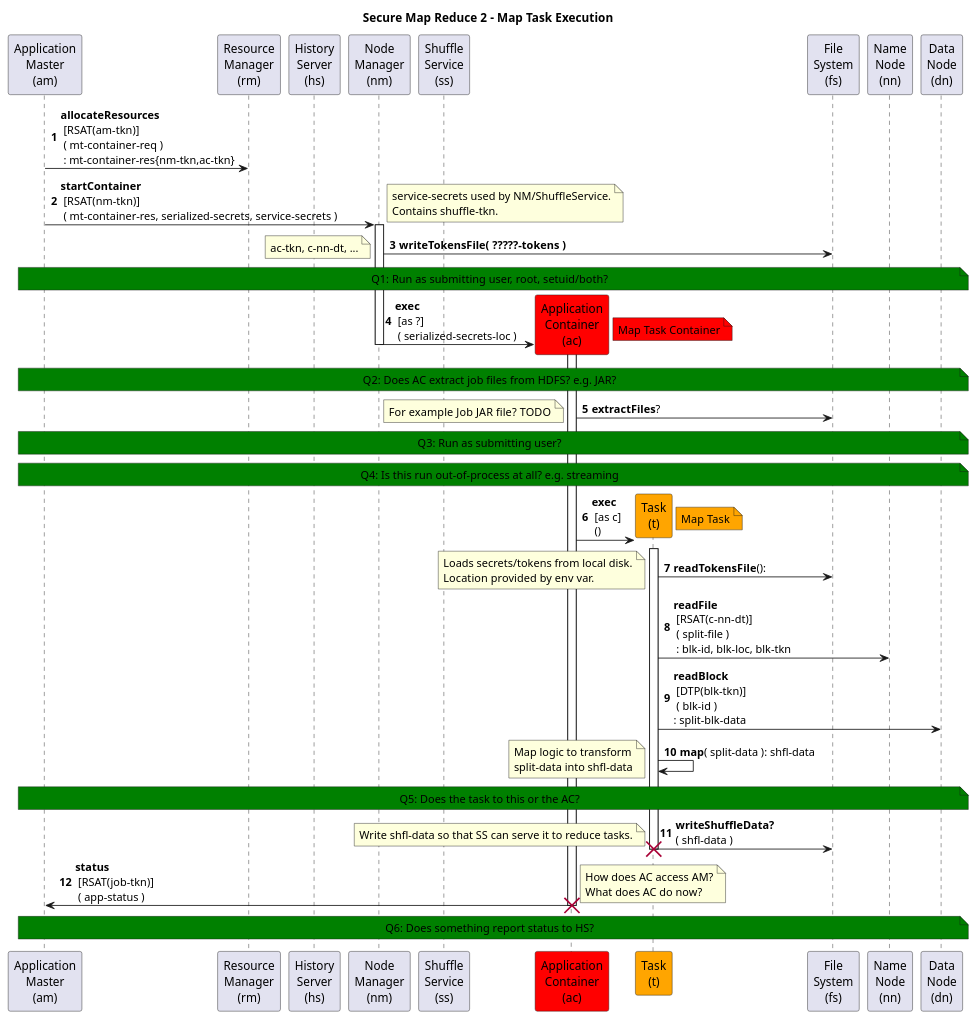
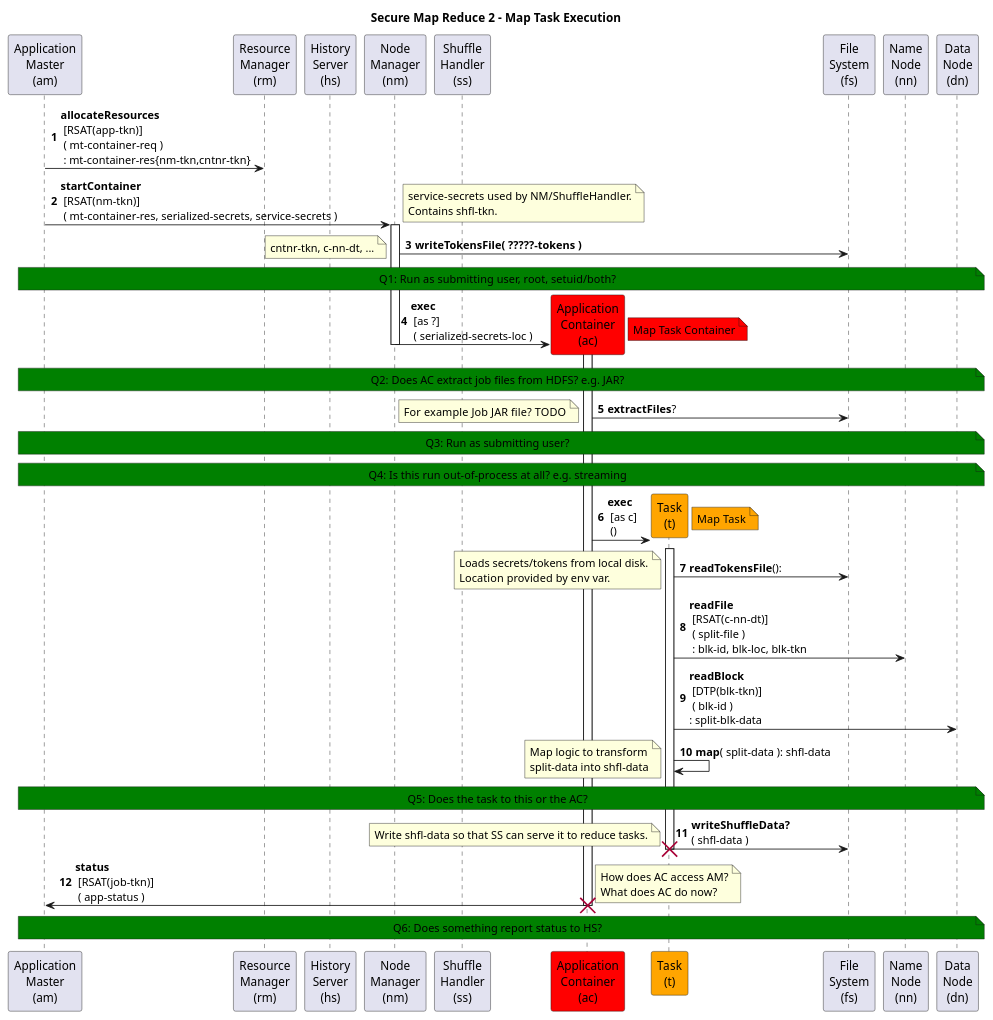
The diagram in hadoop/src/mr2/secure-mapreduce2-05-map-task-execution.puml (kminder/puml), drawn with PlantUML before and after one commit. The commit also changed 37 other files, not shown here.

```diff
--- a/hadoop/src/mr2/secure-mapreduce2-05-map-task-execution.puml
+++ b/hadoop/src/mr2/secure-mapreduce2-05-map-task-execution.puml
@@ -1,91 +1,91 @@
 @startuml
 title Secure Map Reduce 2 - Map Task Execution
 autonumber
 'hide footbox
 
 'participant "Kerberos\nKDC" as KDC
 'participant "Client\n(c)" as C
 participant "Application\nMaster\n(am)" as AM
 'participant "Client\nService\n(cs)" as CS
 participant "Resource\nManager\n(rm)" as RM
 participant "History\nServer\n(hs)" as HS
 participant "Node\nManager\n(nm)" as NM
-participant "Shuffle\nService\n(ss)" as SS
+participant "Shuffle\nHandler\n(ss)" as SS
 participant "Application\nContainer\n(ac)" as AC #red
 participant "Task\n(t)" as T #orange
 participant "File\nSystem\n(fs)" as FS
 participant "Name\nNode\n(nn)" as NN
 participant "Data\nNode\n(dn)" as DN
 
-  'note over C,DN #green: QUESTION ?
+'note over C,DN #green: QUESTION ?
 
 '1
-AM->RM: <b>allocateResources\n [RSAT(am-tkn)]\n ( mt-container-req )\n : mt-container-res{nm-tkn,ac-tkn}
+AM->RM: <b>allocateResources\n [RSAT(app-tkn)]\n ( mt-container-req )\n : mt-container-res{nm-tkn,cntnr-tkn}
 
 '2
 AM->NM: <b>startContainer\n [RSAT(nm-tkn)]\n ( mt-container-res, serialized-secrets, service-secrets )
-  note right: service-secrets used by NM/ShuffleService.\nContains shuffle-tkn.
+  note right: service-secrets used by NM/ShuffleHandler.\nContains shfl-tkn.
 
   activate NM
 '3
 NM->FS: <b>writeTokensFile( ?????-tokens )
-  note left: ac-tkn, c-nn-dt, ...
+  note left: cntnr-tkn, c-nn-dt, ...
 
   create AC
 
 note over AM,DN #green: Q1: Run as submitting user, root, setuid/both?
 
 '4
 NM->AC: <b>exec\n [as ?]\n ( serialized-secrets-loc )
   note right #red: Map Task Container
 
   deactivate NM
   activate AC
 
 note over AM,DN #green: Q2: Does AC extract job files from HDFS? e.g. JAR?
 
 '5
 AC->FS: <b>extractFiles</b>?
   note left: For example Job JAR file?  TODO
   create T
 
 note over AM,DN #green: Q3: Run as submitting user?
 note over AM,DN #green: Q4: Is this run out-of-process at all? e.g. streaming
 
 '6
 AC->T: <b>exec\n [as c]\n ()
   note right #orange: Map Task
   activate T
 
 '7
 T->FS: <b>readTokensFile</b>():
   note left: Loads secrets/tokens from local disk.\nLocation provided by env var.
 
 '8
 T->NN: <b>readFile\n [RSAT(c-nn-dt)]\n ( split-file )\n : blk-id, blk-loc, blk-tkn
 
 '9
 T->DN: <b>readBlock\n [DTP(blk-tkn)]\n ( blk-id )\n: split-blk-data
 
 '10
 T->T: <b>map</b>( split-data ): shfl-data
   note left: Map logic to transform\nsplit-data into shfl-data
 
 note over AM,DN #green: Q5: Does the task to this or the AC?
 
 '11
 T->FS: <b>writeShuffleData<b>?\n( shfl-data )
   note left: Write shfl-data so that SS can serve it to reduce tasks.
 
   deactivate T
   destroy T
 
 '12
 AC->AM: <b>status\n [RSAT(job-tkn)]\n ( app-status )
   note right: How does AC access AM?\nWhat does AC do now?
   deactivate AC
   destroy AC
 
 note over AM,DN #green: Q6: Does something report status to HS?
 
 @enduml
```
